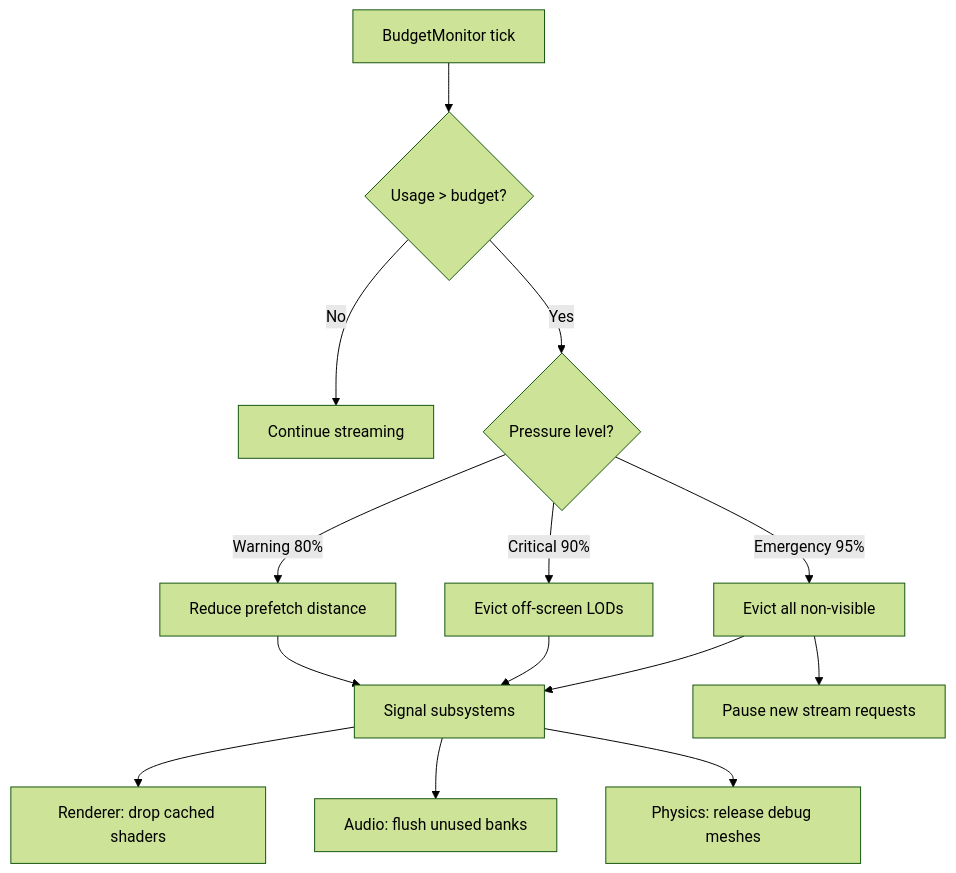
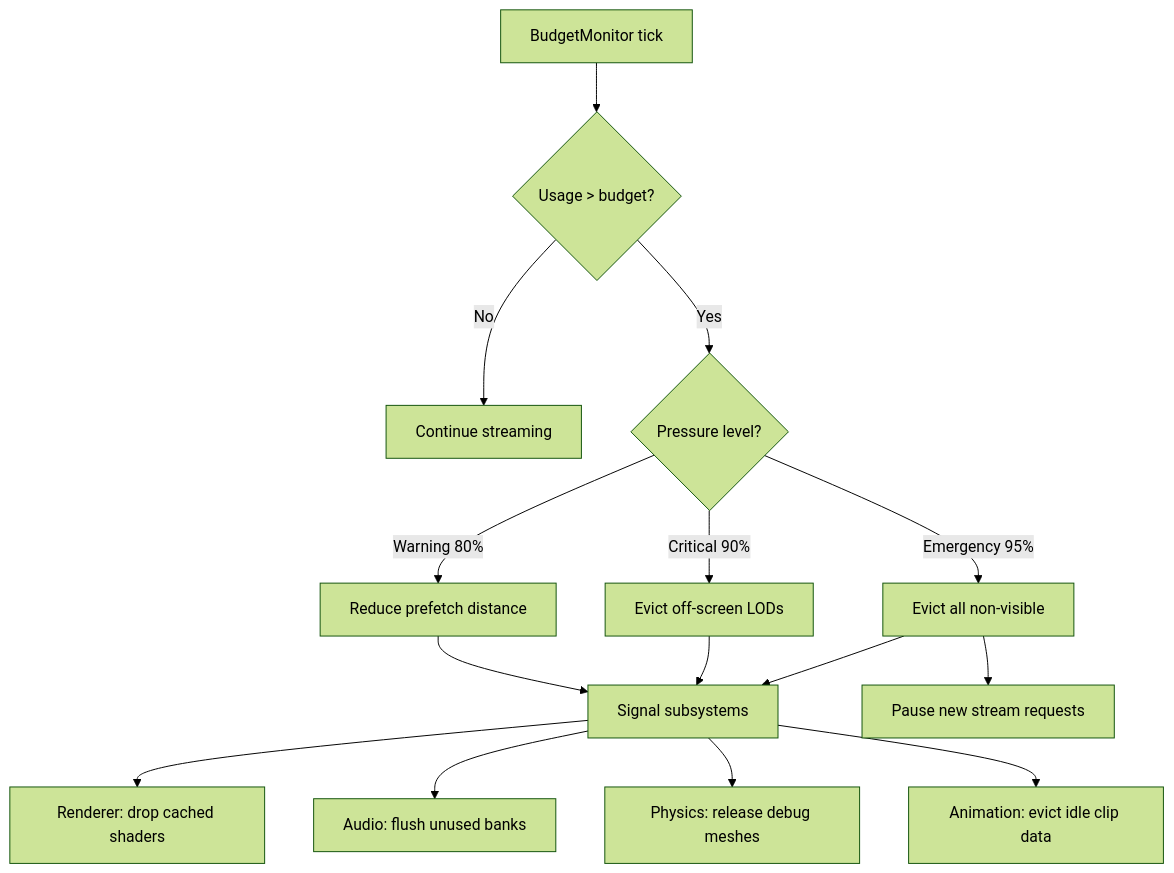
Before and after one commit to harmonius-dev/harmonius: the fifth of 8 diagrams in docs/design/content-pipeline/streaming.md, drawn with Mermaid (forest theme). The commit also changed other lines of this file and 77 other files, not shown here.

````diff
--- a/docs/design/content-pipeline/streaming.md
+++ b/docs/design/content-pipeline/streaming.md
@@ -266,20 +268,21 @@
 ```mermaid
 flowchart TD
     BM[BudgetMonitor tick]
     BM --> CHK{Usage > budget?}
     CHK -->|No| OK[Continue streaming]
     CHK -->|Yes| LVL{Pressure level?}
 
     LVL -->|Warning 80%| W[Reduce prefetch distance]
     LVL -->|Critical 90%| CR[Evict off-screen LODs]
     LVL -->|Emergency 95%| EM[Evict all non-visible]
 
     W --> SIG[Signal subsystems]
     CR --> SIG
     EM --> SIG
     EM --> HALT[Pause new stream requests]
 
     SIG --> SUB1[Renderer: drop cached shaders]
     SIG --> SUB2[Audio: flush unused banks]
     SIG --> SUB3[Physics: release debug meshes]
+    SIG --> SUB4[Animation: evict idle clip data]
 ```
````
